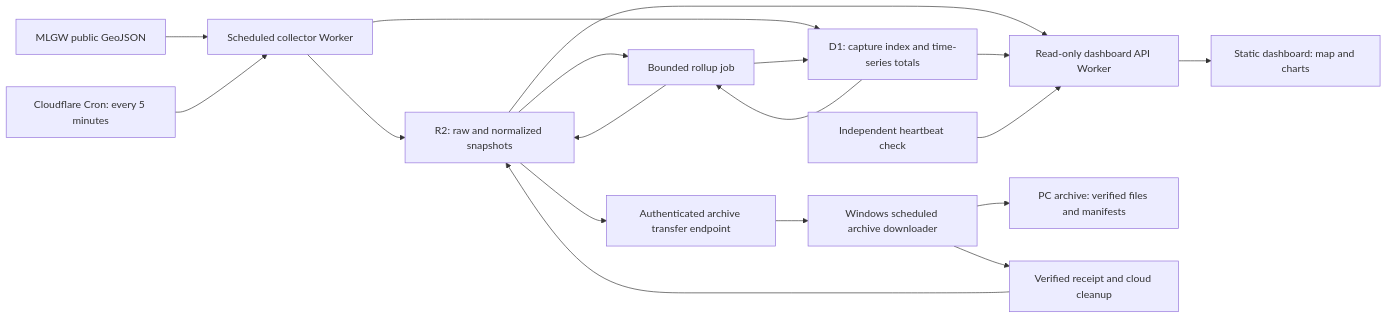
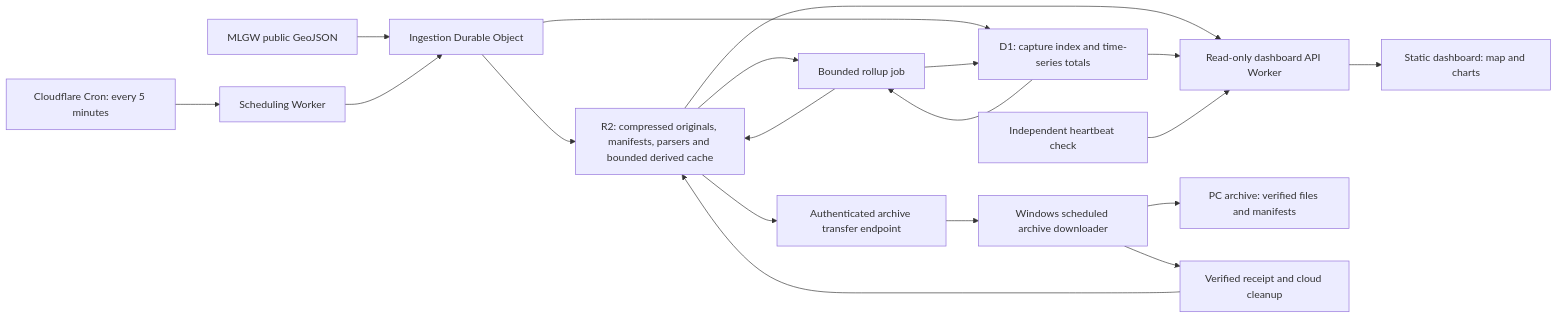
The diagram in DESIGN_PLAN.md (jpbranson/mlgw-outage-scraper), drawn with Mermaid before and after one commit. The commit also changed other lines of this file and 41 other files, not shown here.

````diff
--- a/DESIGN_PLAN.md
+++ b/DESIGN_PLAN.md
@@ -143,20 +149,21 @@
 ```mermaid
 flowchart LR
-    M[MLGW public GeoJSON] --> C[Scheduled collector Worker]
-    T[Cloudflare Cron: every 5 minutes] --> C
-    C --> R[R2: raw and normalized snapshots]
+    M[MLGW public GeoJSON] --> C[Ingestion Durable Object]
+    T[Cloudflare Cron: every 5 minutes] --> S[Scheduling Worker]
+    S --> C
+    C --> R[R2: compressed originals, manifests, parsers and bounded derived cache]
     C --> D[D1: capture index and time-series totals]
     R --> B[Bounded rollup job]
     D --> B
     B --> R
     B --> D
     R --> A[Read-only dashboard API Worker]
     D --> A
     A --> U[Static dashboard: map and charts]
     H[Independent heartbeat check] --> A
     R --> E[Authenticated archive transfer endpoint]
     E --> P[Windows scheduled archive downloader]
     P --> L[PC archive: verified files and manifests]
     P --> V[Verified receipt and cloud cleanup]
     V --> R
 ```
````
